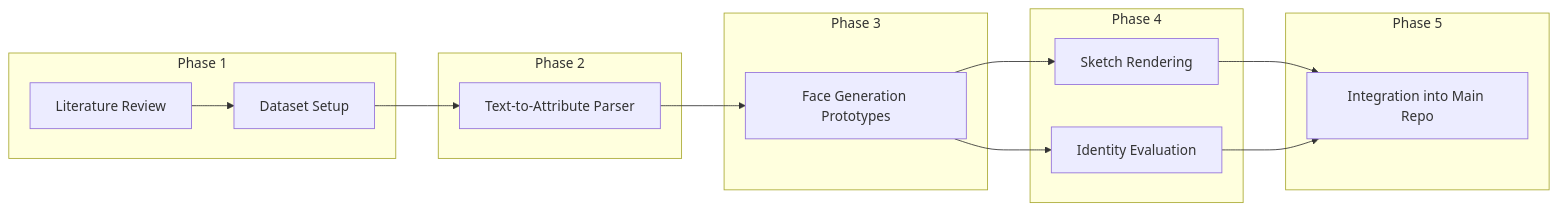
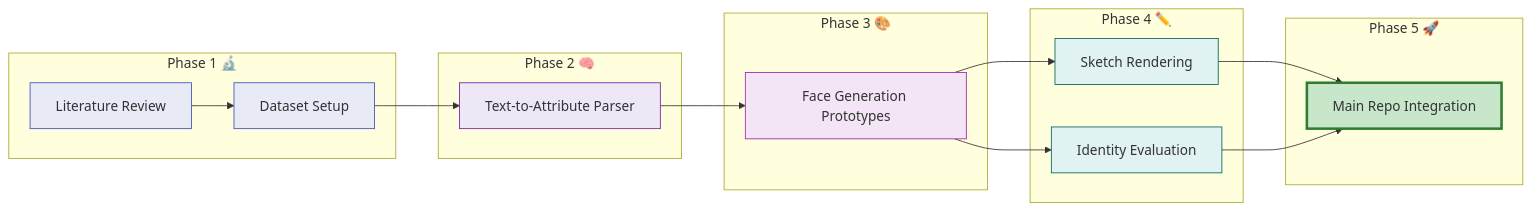
One commit to Tusharkanta407/forensic-sketch-research changed the third of 3 diagrams in README.md. Above: the diagram before and after it, drawn with Mermaid. The commit also changed other lines of this file and 2 other files, not shown here.

````diff
--- a/README.md
+++ b/README.md
@@ -114,20 +188,28 @@
 ```mermaid
 graph LR
-    subgraph Phase 1
-        A[Literature Review] --> B[Dataset Setup]
+    subgraph "Phase 1 🔬"
+        A["Literature Review"] --> B["Dataset Setup"]
     end
-    subgraph Phase 2
-        B --> C[Text-to-Attribute Parser]
+    subgraph "Phase 2 🧠"
+        B --> C["Text-to-Attribute Parser"]
     end
-    subgraph Phase 3
-        C --> D[Face Generation Prototypes]
+    subgraph "Phase 3 🎨"
+        C --> D["Face Generation Prototypes"]
     end
-    subgraph Phase 4
-        D --> E[Sketch Rendering]
-        D --> F[Identity Evaluation]
+    subgraph "Phase 4 ✏️"
+        D --> E["Sketch Rendering"]
+        D --> F["Identity Evaluation"]
     end
-    subgraph Phase 5
-        E --> G[Integration into Main Repo]
+    subgraph "Phase 5 🚀"
+        E --> G["Main Repo Integration"]
         F --> G
     end
+
+    style A fill:#E8EAF6,stroke:#3F51B5
+    style B fill:#E8EAF6,stroke:#3F51B5
+    style C fill:#EDE7F6,stroke:#7B1FA2
+    style D fill:#F3E5F5,stroke:#9C27B0
+    style E fill:#E0F2F1,stroke:#00695C
+    style F fill:#E0F2F1,stroke:#00695C
+    style G fill:#C8E6C9,stroke:#2E7D32,stroke-width:3px
 ```
````
